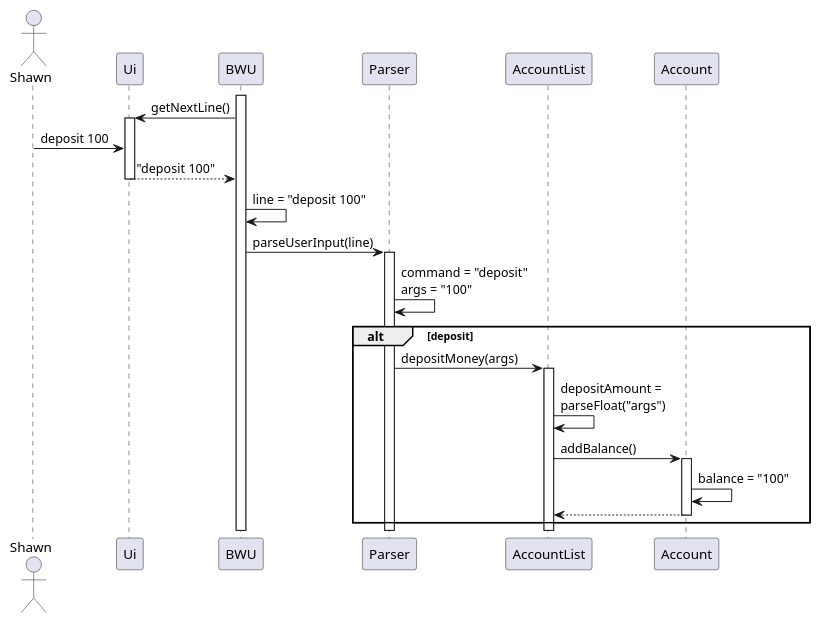
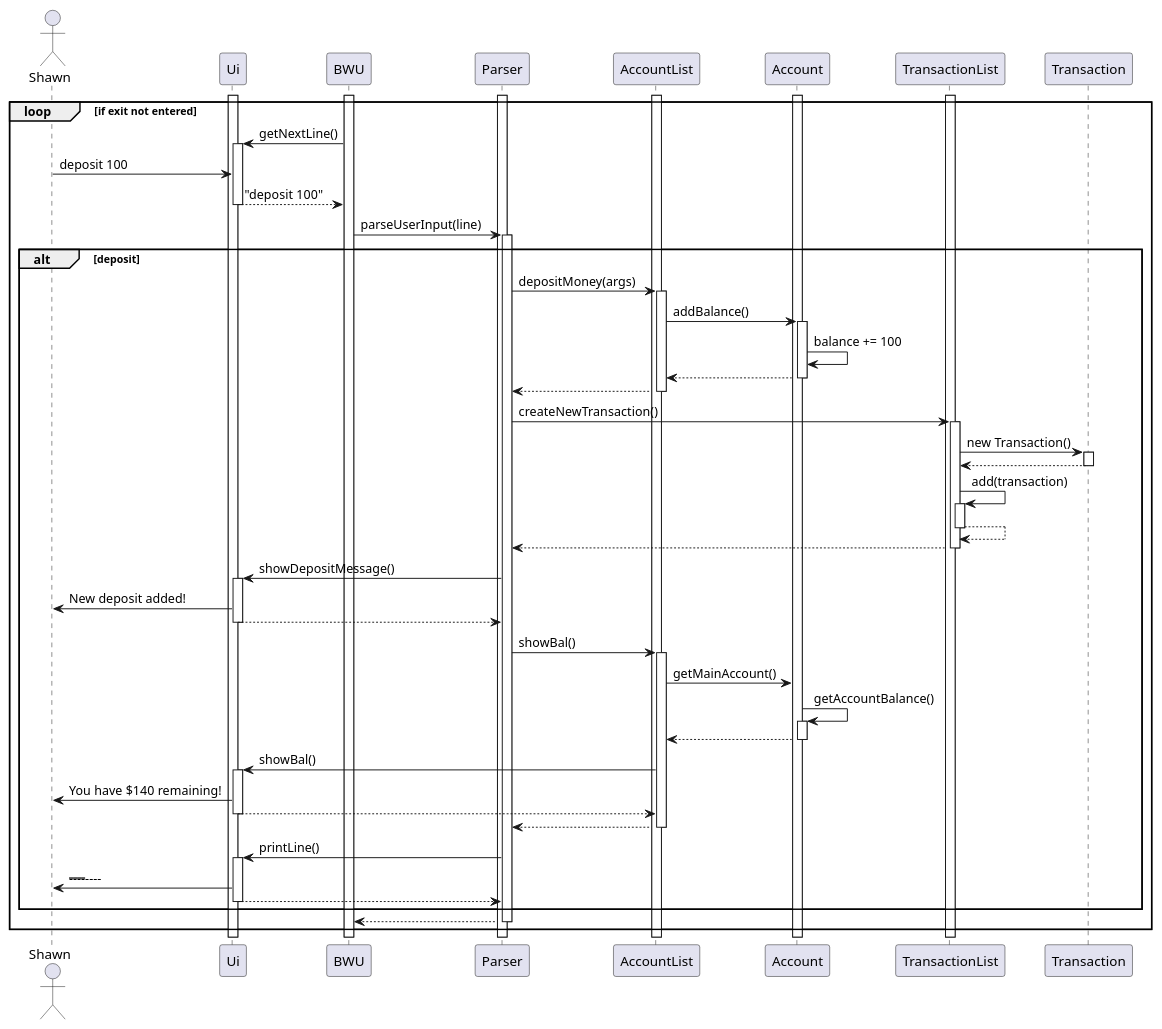
Before and after one commit to xiaoge26/tp: the diagram in docs/diagrams/example_sequence_diagram.puml, drawn with PlantUML.

Commit message:
Finished example seq diagram

```diff
--- a/docs/diagrams/example_sequence_diagram.puml
+++ b/docs/diagrams/example_sequence_diagram.puml
@@ -1,30 +1,74 @@
 @startuml
 actor Shawn
 participant Ui
 participant BWU
 participant Parser
 participant AccountList
 participant Account
+participant TransactionList
+participant Transaction
+activate Ui
 activate BWU
+activate Parser
+activate AccountList
+activate Account
+activate TransactionList
+loop if exit not entered
 BWU -> Ui:getNextLine()
 activate Ui
 Shawn -> Ui:deposit 100
 Ui --> BWU:"deposit 100"
 deactivate Ui
-BWU -> BWU:line = "deposit 100"
 BWU -> Parser:parseUserInput(line)
 activate Parser
-Parser -> Parser:command = "deposit"\nargs = "100"
 alt deposit
 Parser -> AccountList:depositMoney(args)
 activate AccountList
-AccountList -> AccountList:depositAmount = \nparseFloat("args")
 AccountList -> Account:addBalance()
 activate Account
-Account -> Account:balance = "100"
+Account -> Account:balance += 100
 Account --> AccountList
 deactivate Account
+AccountList --> Parser
+deactivate AccountList
+Parser -> TransactionList:createNewTransaction()
+activate TransactionList
+TransactionList -> Transaction:new Transaction()
+activate Transaction
+Transaction --> TransactionList
+deactivate Transaction
+TransactionList -> TransactionList:add(transaction)
+activate TransactionList
+TransactionList --> TransactionList
+deactivate TransactionList
+TransactionList --> Parser
+deactivate TransactionList
+Parser -> Ui:showDepositMessage()
+activate Ui
+Ui -> Shawn: New deposit added!
+Ui --> Parser
+deactivate Ui
+Parser -> AccountList:showBal()
+activate AccountList
+AccountList -> Account:getMainAccount()
+Account -> Account:getAccountBalance()
+activate Account
+Account --> AccountList
+deactivate Account
+AccountList -> Ui:showBal()
+activate Ui
+Ui -> Shawn:You have $140 remaining!
+Ui --> AccountList
+deactivate Ui
+AccountList --> Parser
+deactivate AccountList
+Parser -> Ui:printLine()
+activate Ui
+Ui -> Shawn:------------------------
+Ui --> Parser
+deactivate Ui
 end
-
-
+Parser --> BWU
+deactivate Parser
+end
 @enduml
```
